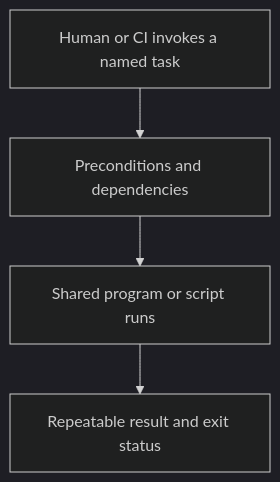
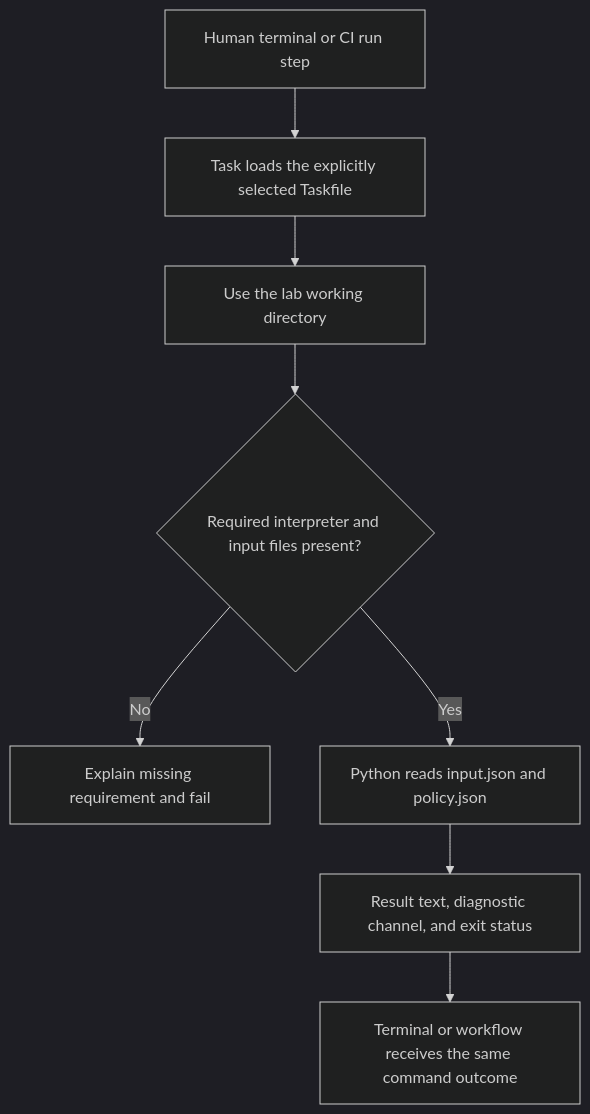
The diagram in docs/lessons/0007-taskfile-shared-command-contract.md (Rohit1024/actions-learn), drawn with Mermaid (dark theme) before and after one commit. The commit also changed other lines of this file and 228 other files, not shown here.

````diff
--- a/docs/lessons/0007-taskfile-shared-command-contract.md
+++ b/docs/lessons/0007-taskfile-shared-command-contract.md
@@ -49,10 +24,10 @@
 ```mermaid
 flowchart TD
-    N0["Human or CI invokes a named task"]
-    N1["Preconditions and dependencies"]
-    N0 --> N1
-    N2["Shared program or script runs"]
-    N1 --> N2
-    N3["Repeatable result and exit status"]
-    N2 --> N3
+    Caller["Human terminal or CI run step"] --> Task["Task loads the explicitly selected Taskfile"]
+    Task --> Directory["Use the lab working directory"]
+    Directory --> Preconditions{"Required interpreter and input files present?"}
+    Preconditions -->|"No"| Stop["Explain missing requirement and fail"]
+    Preconditions -->|"Yes"| Program["Python reads input.json and policy.json"]
+    Program --> Result["Result text, diagnostic channel, and exit status"]
+    Result --> Consumer["Terminal or workflow receives the same command outcome"]
 ```
````
